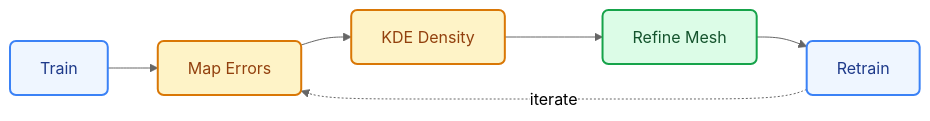
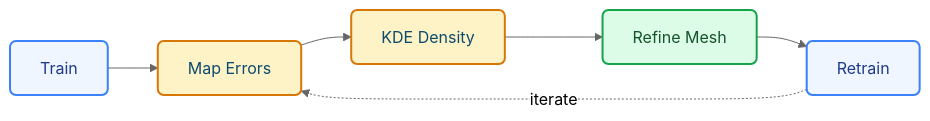
Before and after one commit to prajwal-tech07/Gsoc_test: diagram 12 of 14 in GSoC_Final_Draft.md, drawn with Mermaid (neutral theme). The commit also changed other lines of this file, not shown here.

Commit message:
Add detailed integration elaborations to Section 7: density-adaptive/AMR/benchmarking architecture explanations per mentor feedback

````diff
--- a/GSoC_Final_Draft.md
+++ b/GSoC_Final_Draft.md
@@ -630,15 +639,15 @@
 ```mermaid
 flowchart LR
     classDef train fill:#eff6ff,stroke:#3b82f6,stroke-width:2px,rx:6px,color:#1e3a8a
-    classDef analyze fill:#fef3c7,stroke:#d97706,stroke-width:2px,rx:6px,color:#92400e
+    classDef analyze fill:#fef3c7,stroke:#d97706,stroke-width:2px,rx:6px,color:#0c4a6e
     classDef refine fill:#dcfce7,stroke:#16a34a,stroke-width:2px,rx:6px,color:#14532d
 
     T["Train"]:::train
     A["Map Errors"]:::analyze
     K["KDE Density"]:::analyze
     R["Refine Mesh"]:::refine
     RT["Retrain"]:::train
 
     T --> A --> K --> R --> RT
     RT -.->|"iterate"| A
 ```
````
